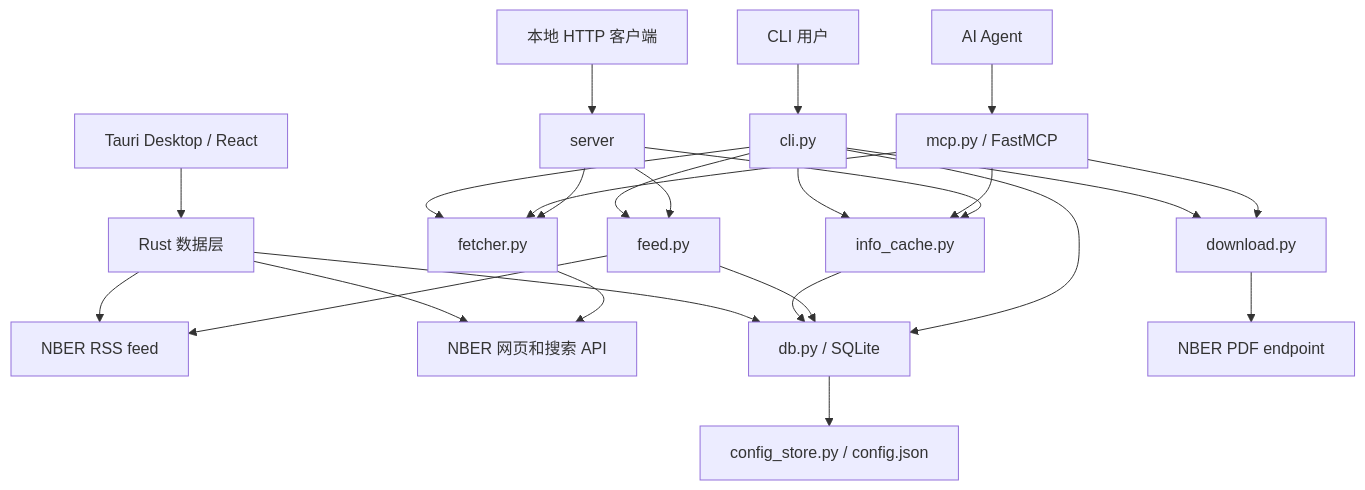
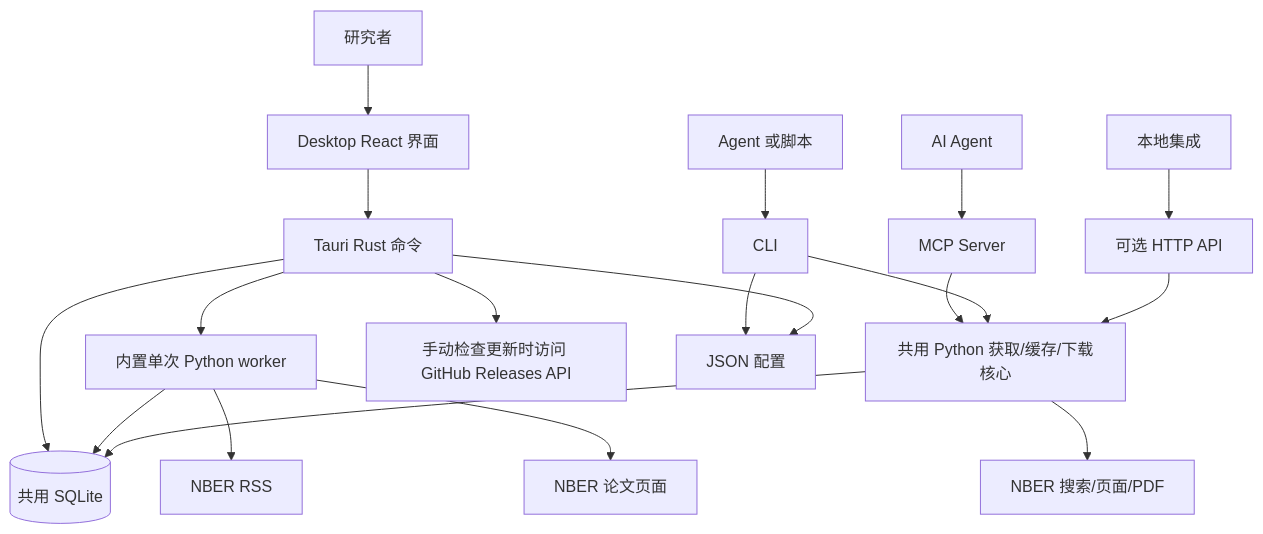
Before and after one commit to SepineTam/NBER-CLI: the diagram in docs/zh/architecture.md, drawn with Mermaid. The commit also changed other lines of this file and 40 other files, not shown here.

````diff
--- a/docs/zh/architecture.md
+++ b/docs/zh/architecture.md
@@ -7,27 +9,24 @@
 ```mermaid
 flowchart TD
-    user[CLI 用户] --> cli[cli.py]
-    agent[AI Agent] --> mcp[mcp.py / FastMCP]
-    desktop[Tauri Desktop / React] --> native[Rust 数据层]
-    local[本地 HTTP 客户端] --> server
-    cli --> fetcher[fetcher.py]
-    cli --> download[download.py]
-    cli --> feed[feed.py]
-    cli --> cache[info_cache.py]
-    mcp --> fetcher
-    mcp --> download
-    mcp --> cache
-    server --> fetcher
-    server --> feed
-    server --> cache
-    native --> rss
-    native --> nber
-    native --> db
-    fetcher --> nber[NBER 网页和搜索 API]
-    download --> pdf[NBER PDF endpoint]
-    feed --> rss[NBER RSS feed]
-    cache --> db[db.py / SQLite]
-    feed --> db
-    cli --> db
-    db --> config[config_store.py / config.json]
+    researcher[研究者] --> react[Desktop React 界面]
+    react --> tauri[Tauri Rust 命令]
+    tauri --> sqlite[(共用 SQLite)]
+    tauri --> worker[内置单次 Python worker]
+    worker --> feed[NBER RSS]
+    worker --> pages[NBER 论文页面]
+    worker --> sqlite
+
+    agent[AI Agent] --> mcp[MCP Server]
+    automation[Agent 或脚本] --> cli[CLI]
+    client[本地集成] --> http[可选 HTTP API]
+
+    mcp --> core[共用 Python 获取/缓存/下载核心]
+    cli --> core
+    http --> core
+    core --> search[NBER 搜索/页面/PDF]
+    core --> sqlite
+
+    tauri --> github[手动检查更新时访问 GitHub Releases API]
+    cli --> config[JSON 配置]
+    tauri --> config
 ```
````
